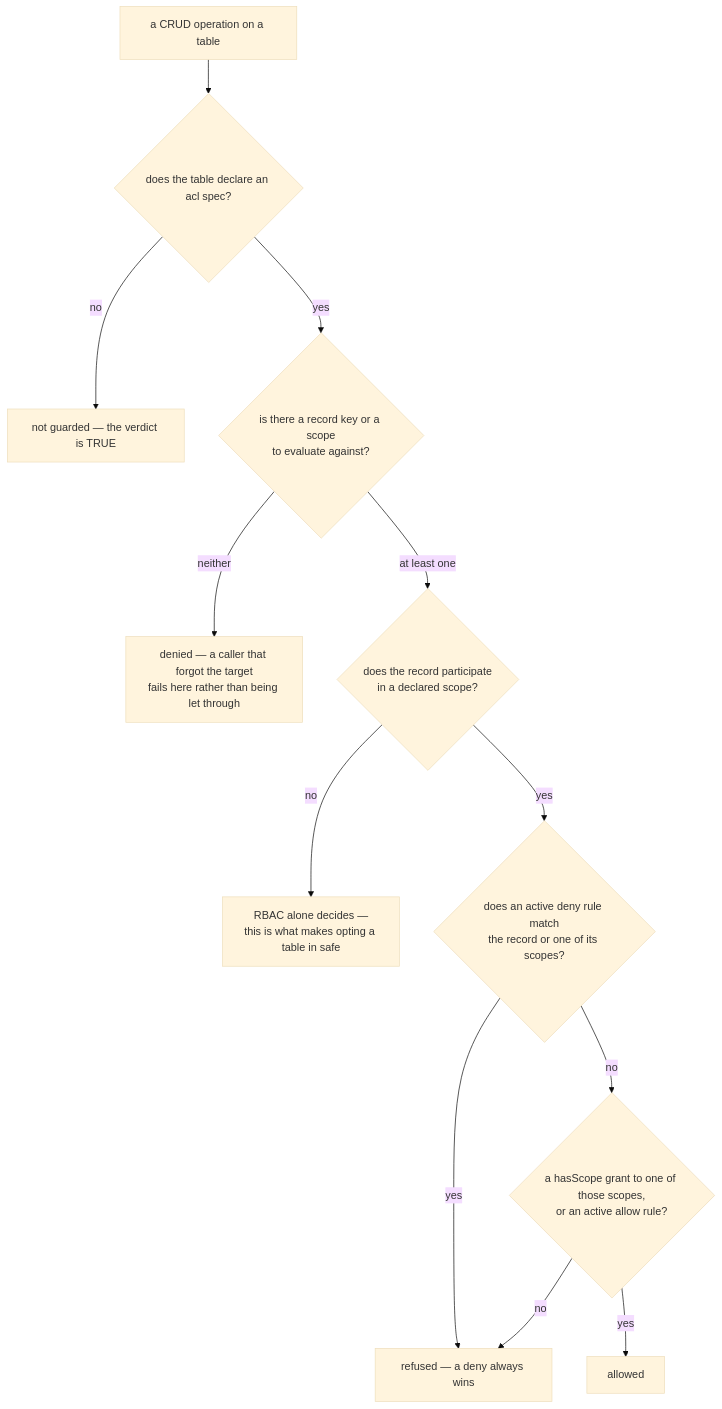
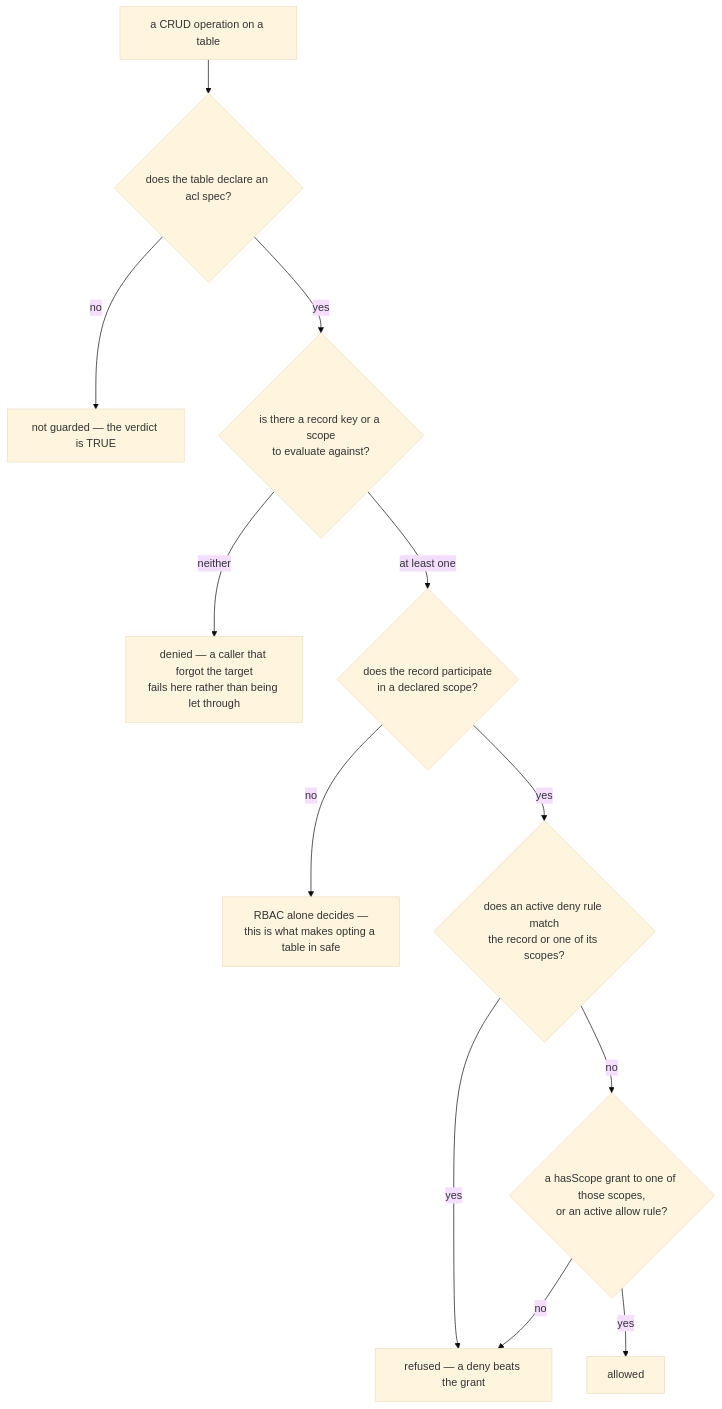
One commit to feasibleone/blong changed the second of 2 diagrams in docs/blong/docs/patterns/acl.md. Above: the diagram before and after it, drawn with Mermaid (base theme). The commit also changed other lines of this file and 122 other files, not shown here.

````diff
--- a/docs/blong/docs/patterns/acl.md
+++ b/docs/blong/docs/patterns/acl.md
@@ -57,14 +57,14 @@
 ```mermaid
 flowchart TD
     A["a CRUD operation on a table"] --> B{"does the table declare an acl spec?"}
     B -- "no" --> C["not guarded — the verdict is TRUE"]
     B -- "yes" --> D{"is there a record key or a scope<br/>to evaluate against?"}
     D -- "neither" --> E["denied — a caller that forgot the target<br/>fails here rather than being let through"]
     D -- "at least one" --> F{"does the record participate<br/>in a declared scope?"}
     F -- "no" --> G["RBAC alone decides —<br/>this is what makes opting a table in safe"]
     F -- "yes" --> H{"does an active deny rule match<br/>the record or one of its scopes?"}
-    H -- "yes" --> I["refused — a deny always wins"]
+    H -- "yes" --> I["refused — a deny beats the grant"]
     H -- "no" --> J{"a hasScope grant to one of those scopes,<br/>or an active allow rule?"}
     J -- "yes" --> K["allowed"]
     J -- "no" --> I
 ```
````
